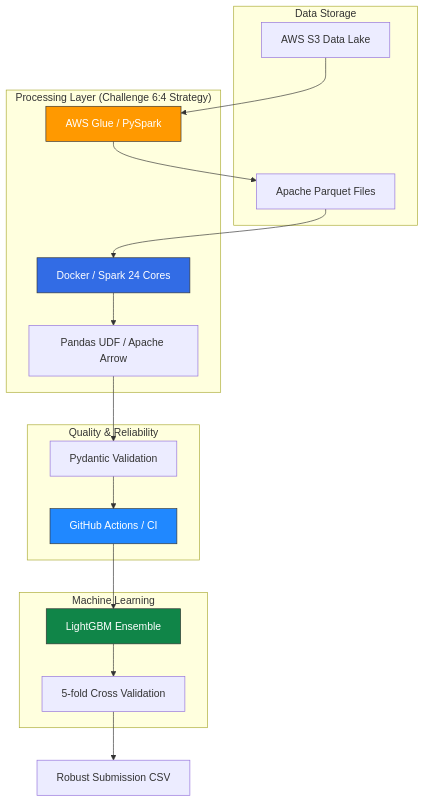
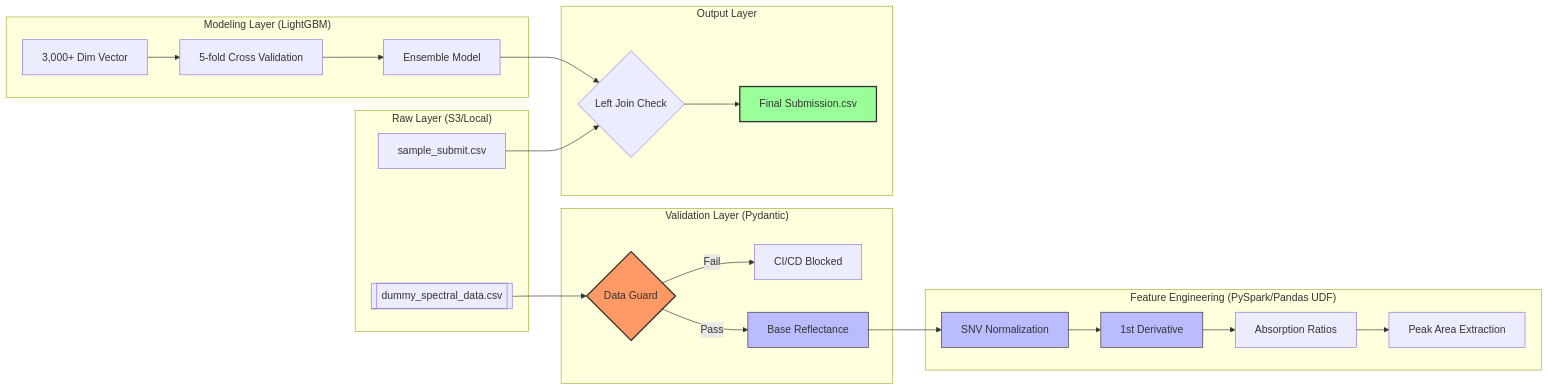
The diagram in README.md (kou-sato-ds/Scalable-Spectral-Analysis-Pipeline), drawn with Mermaid before and after one commit. The commit also changed other lines of this file and 4 other files, not shown here.

````diff
--- a/README.md
+++ b/README.md
@@ -31,40 +32,40 @@
 ```mermaid
 
-graph TD
-    subgraph "Data Storage"
-        S3[AWS S3 Data Lake]
-        PQ[Apache Parquet Files]
+graph LR
+    subgraph "Raw Layer (S3/Local)"
+        RAW[[dummy_spectral_data.csv]]
+        META[sample_submit.csv]
     end
 
-    subgraph "Processing Layer (Challenge 6:4 Strategy)"
-        G[AWS Glue / PySpark]
-        D[Docker / Spark 24 Cores]
-        UDF[Pandas UDF / Apache Arrow]
+    subgraph "Validation Layer (Pydantic)"
+        VAL{Data Guard}
+        VAL -- Fail --> ALERT[CI/CD Blocked]
+        VAL -- Pass --> PROC
     end
 
-    subgraph "Quality & Reliability"
-        V[Pydantic Validation]
-        GA[GitHub Actions / CI]
+    subgraph "Feature Engineering (PySpark/Pandas UDF)"
+        PROC[Base Reflectance] --> SNV[SNV Normalization]
+        SNV --> DIFF[1st Derivative]
+        DIFF --> RATIO[Absorption Ratios]
+        RATIO --> INTEGRAL[Peak Area Extraction]
     end
 
-    subgraph "Machine Learning"
-        LGBM[LightGBM Ensemble]
-        CV[5-fold Cross Validation]
+    subgraph "Modeling Layer (LightGBM)"
+        FE_VEC[3,000+ Dim Vector] --> CV[5-fold Cross Validation]
+        CV --> ENS[Ensemble Model]
     end
 
-    S3 --> G
-    G --> PQ
-    D --> UDF
-    PQ --> D
-    UDF --> V
-    V --> GA
-    GA --> LGBM
-    LGBM --> CV
-    CV --> Output[Robust Submission CSV]
+    subgraph "Output Layer"
+        ENS --> JOIN{Left Join Check}
+        META --> JOIN
+        JOIN --> SUB[Final Submission.csv]
+    end
 
-    style G fill:#FF9900,stroke:#333,color:#fff
-    style D fill:#326CE5,stroke:#333,color:#fff
-    style GA fill:#2088FF,stroke:#333,color:#fff
-    style LGBM fill:#108548,stroke:#333,color:#fff
+    RAW --> VAL
+    style VAL fill:#f96,stroke:#333,stroke-width:2px
+    style PROC fill:#bbf,stroke:#333
+    style SNV fill:#bbf,stroke:#333
+    style DIFF fill:#bbf,stroke:#333
+    style SUB fill:#9f9,stroke:#333,stroke-width:2px
 
 ```
````
